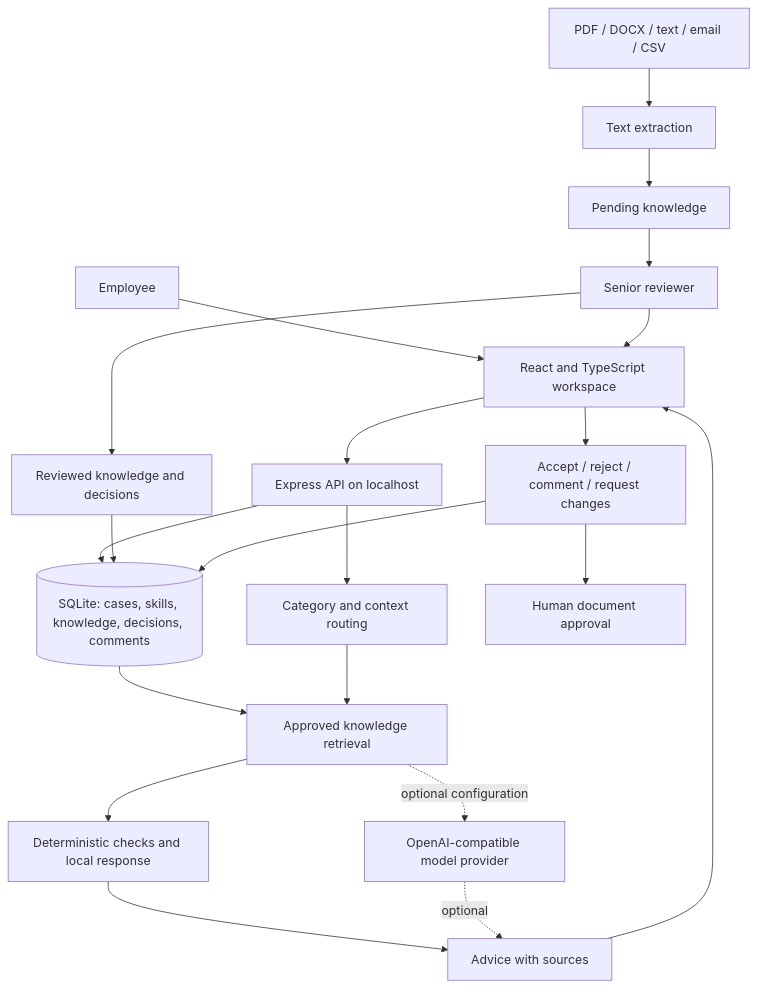
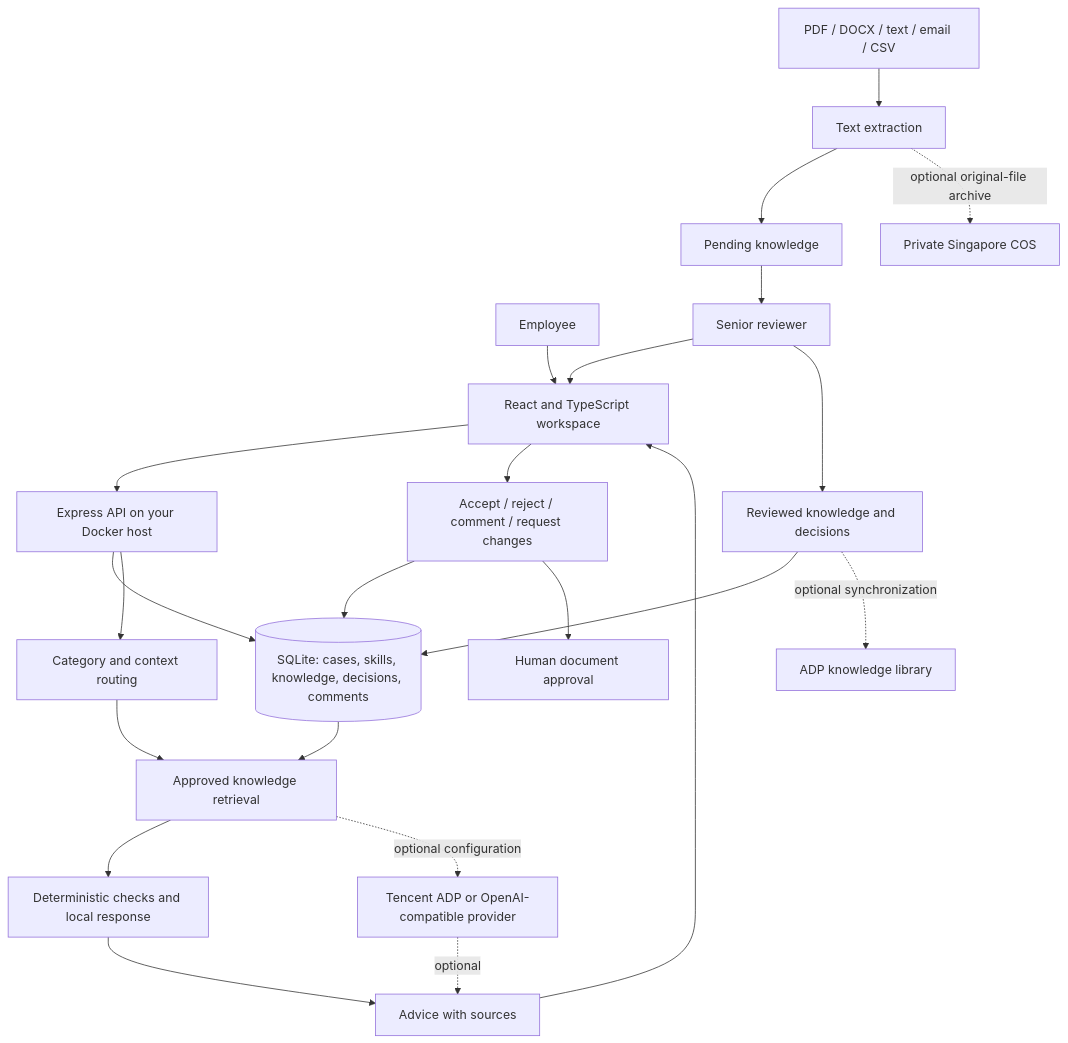
One commit to RobotHanzo/TencentHackathon2026 changed the diagram in docs/HACKATHON_SUBMISSION.md. Above: the diagram before and after it, drawn with Mermaid. The commit also changed other lines of this file and 23 other files, not shown here.

````diff
--- a/docs/HACKATHON_SUBMISSION.md
+++ b/docs/HACKATHON_SUBMISSION.md
@@ -35,23 +35,25 @@
 ```mermaid
 flowchart TD
     Employee[Employee] --> UI[React and TypeScript workspace]
     Manager[Senior reviewer] --> UI
-    UI --> API[Express API on localhost]
+    UI --> API[Express API on your Docker host]
     API --> DB[(SQLite: cases, skills, knowledge, decisions, comments)]
     Files[PDF / DOCX / text / email / CSV] --> Extract[Text extraction]
     Extract --> Pending[Pending knowledge]
     Pending --> Manager
     Manager --> Approved[Reviewed knowledge and decisions]
     Approved --> DB
     API --> Router[Category and context routing]
     DB --> Retrieve[Approved knowledge retrieval]
     Router --> Retrieve
     Retrieve --> Checks[Deterministic checks and local response]
-    Retrieve -. optional configuration .-> Model[OpenAI-compatible model provider]
+    Retrieve -. optional configuration .-> Model[Tencent ADP or OpenAI-compatible provider]
+    Approved -. optional synchronization .-> ADPKnowledge[ADP knowledge library]
+    Extract -. optional original-file archive .-> COS[Private Singapore COS]
     Checks --> Advice[Advice with sources]
     Model -. optional .-> Advice
     Advice --> UI
     UI --> Review[Accept / reject / comment / request changes]
     Review --> DB
     Review --> HumanGate[Human document approval]
 ```
````
